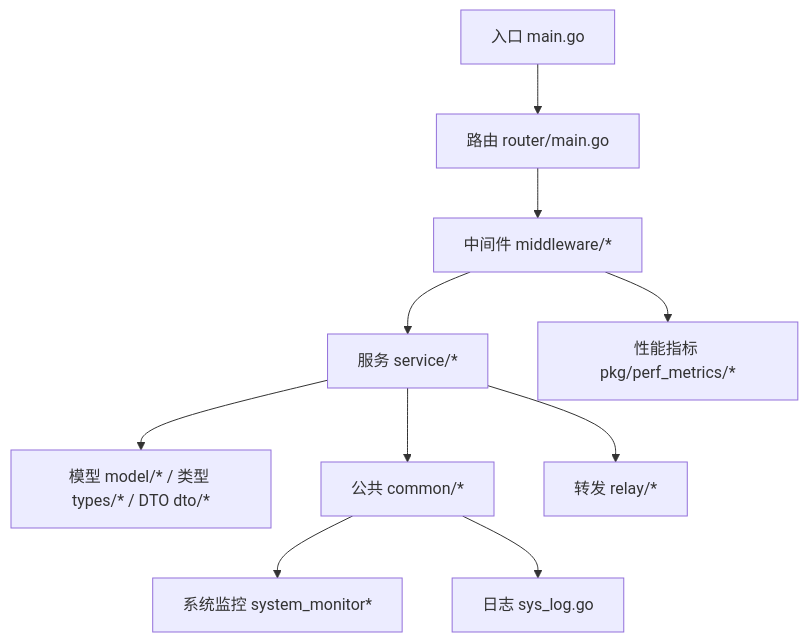
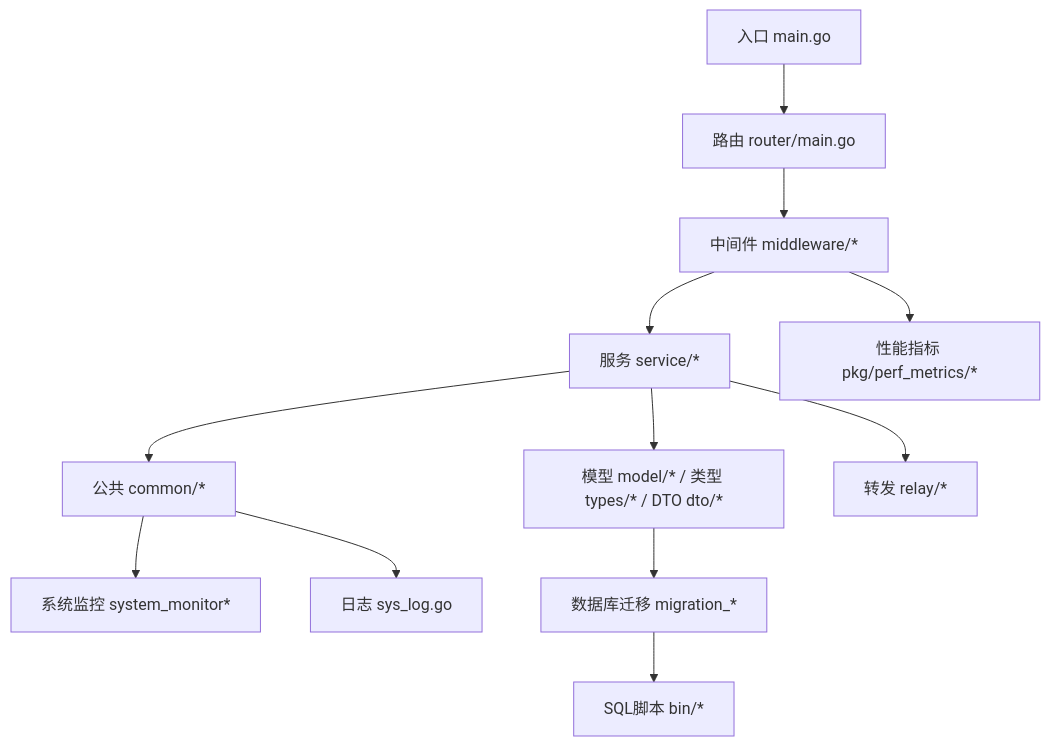
One commit to zhaodechao2008/new-api changed the first of 10 diagrams in .qoder/repowiki/zh/content/故障排除/故障排除.md. Above: the diagram before and after it, drawn with Mermaid. The commit also changed other lines of this file and 274 other files, not shown here.

````diff
--- a/.qoder/repowiki/zh/content/故障排除/故障排除.md
+++ b/.qoder/repowiki/zh/content/故障排除/故障排除.md
@@ -54,12 +67,14 @@
 ```mermaid
 graph TB
 A["入口 main.go"] --> B["路由 router/main.go"]
 B --> C["中间件 middleware/*"]
 C --> D["服务 service/*"]
 D --> E["模型 model/* / 类型 types/* / DTO dto/*"]
 D --> F["公共 common/*"]
 D --> G["转发 relay/*"]
 F --> H["系统监控 system_monitor*"]
 F --> I["日志 sys_log.go"]
 C --> J["性能指标 pkg/perf_metrics/*"]
+E --> K["数据库迁移 migration_*"]
+K --> L["SQL脚本 bin/*"]
 ```
````
